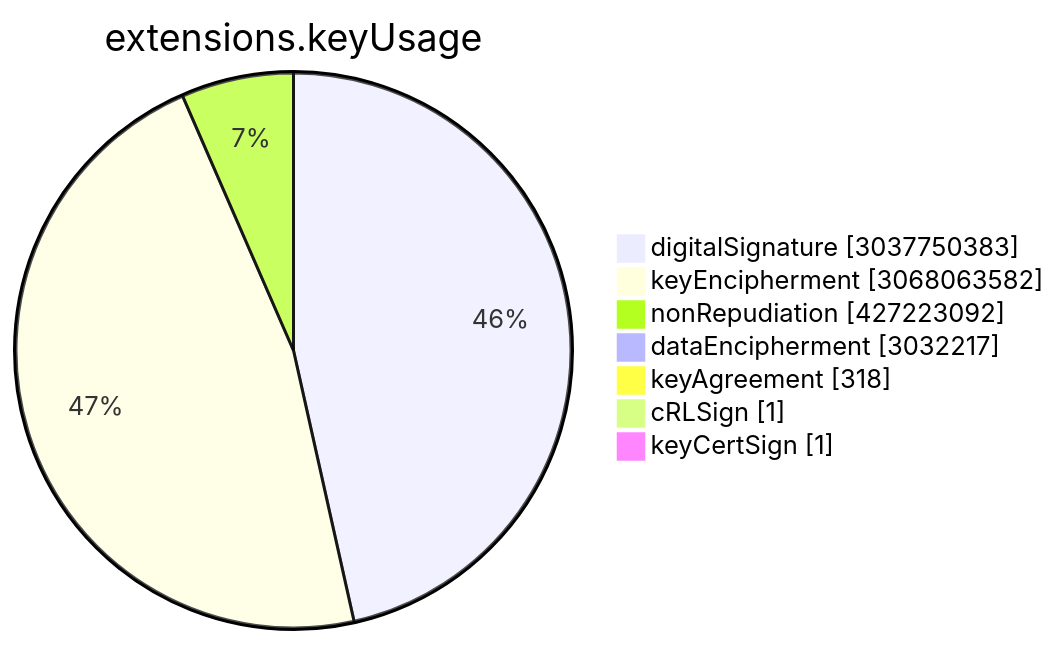
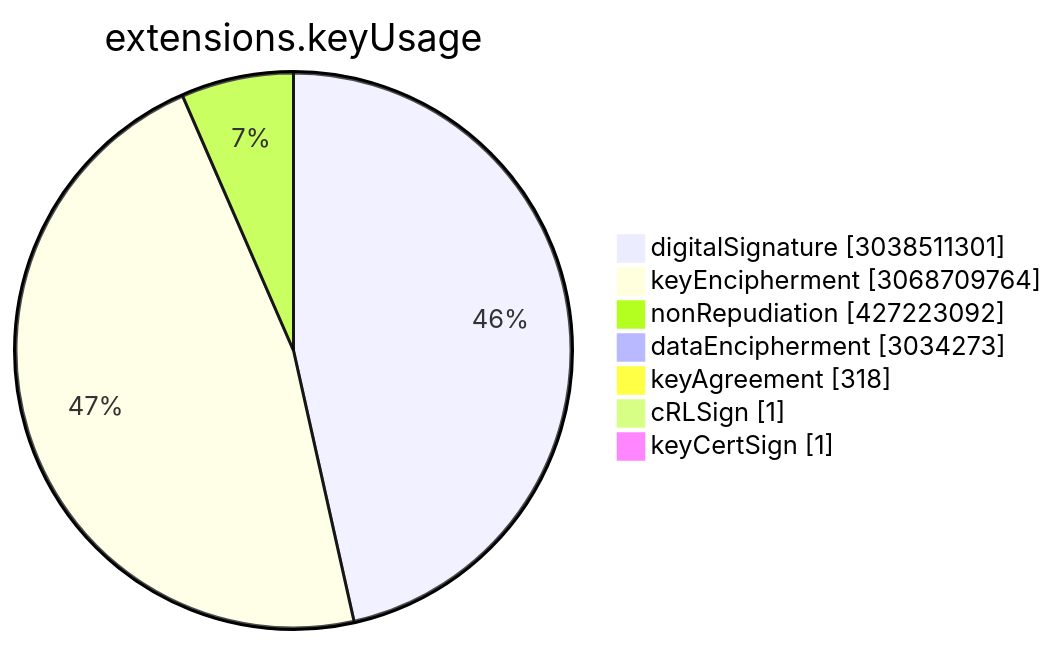
One commit to christiankrug/ctmonitor_visualization changed the sixth of 15 diagrams in TOTAL/README.md. Above: the diagram before and after it, drawn with Mermaid. The commit also changed other lines of this file, not shown here.

````diff
--- a/TOTAL/README.md
+++ b/TOTAL/README.md
@@ -3075,11 +3075,11 @@
 ```mermaid
 pie showData
 title extensions.keyUsage
-"digitalSignature" :3037750383
-"keyEncipherment" :3068063582
+"digitalSignature" :3038511301
+"keyEncipherment" :3068709764
 "nonRepudiation" :427223092
-"dataEncipherment" :3032217
+"dataEncipherment" :3034273
 "keyAgreement" :318
 "cRLSign" :1
 "keyCertSign" :1
 ```
````
